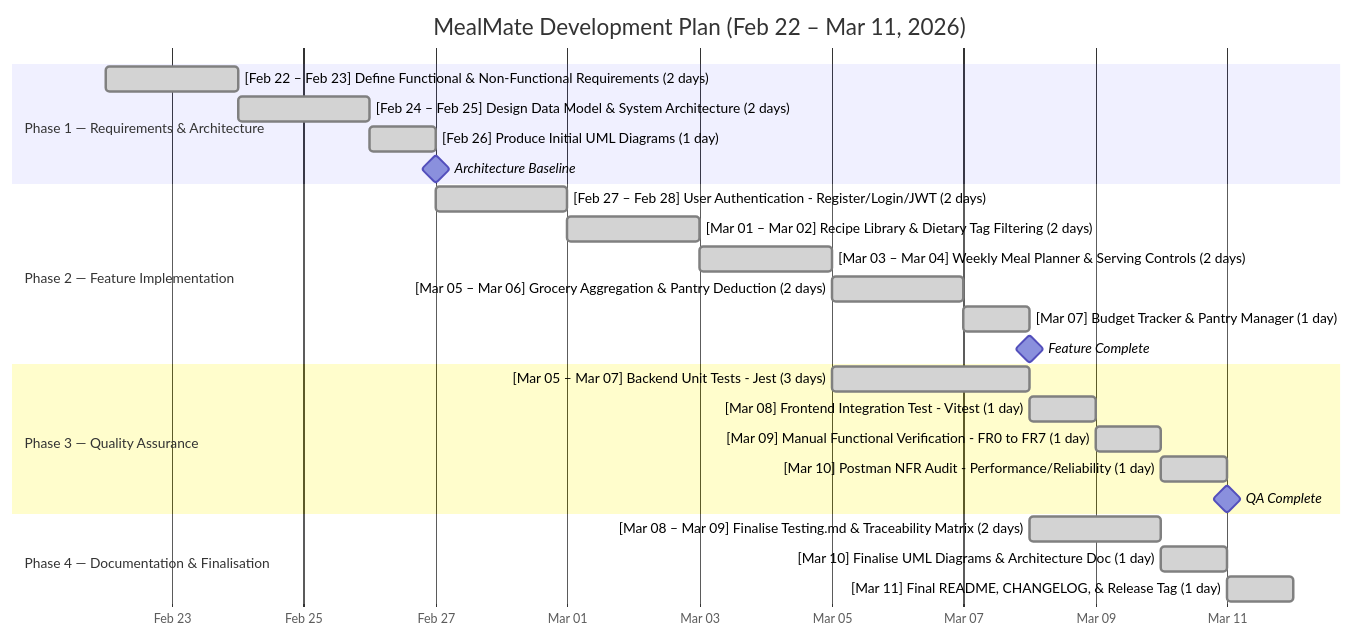
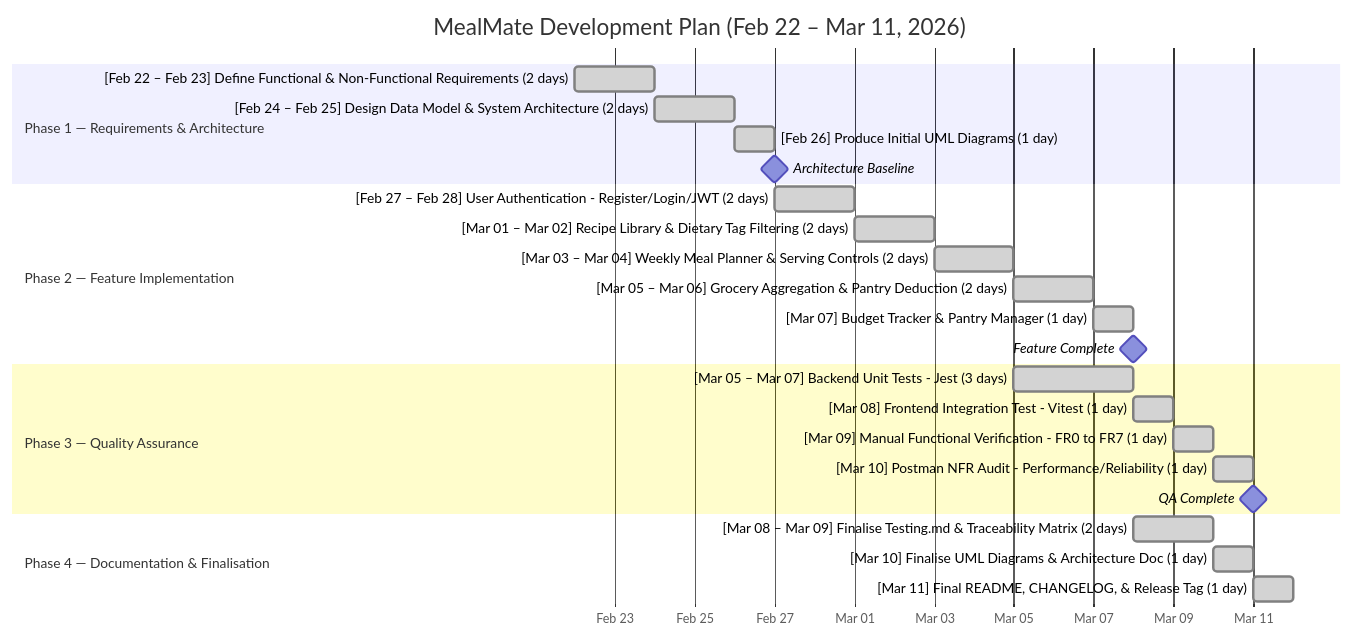
Before and after one commit to OmarIUBH/software-engineering-project: the diagram in docs/timeline.mmd, drawn with Mermaid. The commit also changed 1 other file, not shown here.

Commit message:
docs: fix timeline left padding to prevent text overlap in graph

```diff
--- a/docs/timeline.mmd
+++ b/docs/timeline.mmd
@@ -1,30 +1,31 @@
+%%{init: {'gantt': {'leftPadding': 450}}}%%
 gantt
     title MealMate Development Plan (Feb 22 – Mar 11, 2026)
     dateFormat  YYYY-MM-DD
     axisFormat  %b %d
 
     section Phase 1 — Requirements & Architecture
     [Feb 22 – Feb 23] Define Functional & Non-Functional Requirements (2 days) : done, p1a, 2026-02-22, 2d
     [Feb 24 – Feb 25] Design Data Model & System Architecture (2 days)         : done, p1b, after p1a, 2d
     [Feb 26] Produce Initial UML Diagrams (1 day)                              : done, p1c, after p1b, 1d
     Architecture Baseline                                                      : milestone, m1, after p1c, 0d
 
     section Phase 2 — Feature Implementation
     [Feb 27 – Feb 28] User Authentication - Register/Login/JWT (2 days)        : done, p2a, after m1, 2d
     [Mar 01 – Mar 02] Recipe Library & Dietary Tag Filtering (2 days)          : done, p2b, after p2a, 2d
     [Mar 03 – Mar 04] Weekly Meal Planner & Serving Controls (2 days)          : done, p2c, after p2b, 2d
     [Mar 05 – Mar 06] Grocery Aggregation & Pantry Deduction (2 days)          : done, p2d, after p2c, 2d
     [Mar 07] Budget Tracker & Pantry Manager (1 day)                           : done, p2e, after p2d, 1d
     Feature Complete                                                           : milestone, m2, after p2e, 0d
 
     section Phase 3 — Quality Assurance
     [Mar 05 – Mar 07] Backend Unit Tests - Jest (3 days)                       : done, p3a, 2026-03-05, 3d
     [Mar 08] Frontend Integration Test - Vitest (1 day)                        : done, p3b, after p3a, 1d
     [Mar 09] Manual Functional Verification - FR0 to FR7 (1 day)               : done, p3c, after p3b, 1d
     [Mar 10] Postman NFR Audit - Performance/Reliability (1 day)               : done, p3d, after p3c, 1d
     QA Complete                                                                : milestone, m3, after p3d, 0d
 
     section Phase 4 — Documentation & Finalisation
     [Mar 08 – Mar 09] Finalise Testing.md & Traceability Matrix (2 days)       : done, p4a, 2026-03-08, 2d
     [Mar 10] Finalise UML Diagrams & Architecture Doc (1 day)                  : done, p4b, after p4a, 1d
     [Mar 11] Final README, CHANGELOG, & Release Tag (1 day)                    : done, p4c, after p4b, 1d
```
